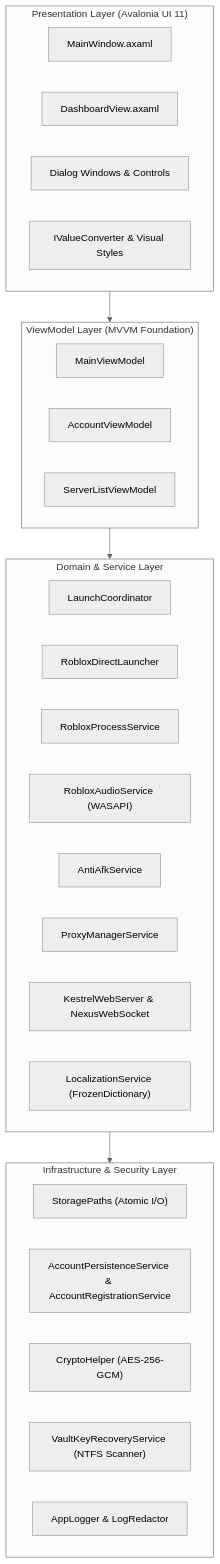
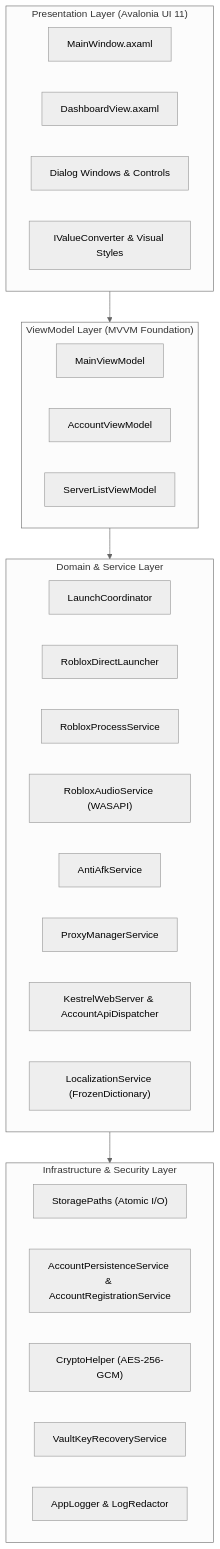
Before and after one commit to TanAkiraTaiVN/Shiro-Account-Manager: the first of 2 diagrams in docs/architecture.md, drawn with Mermaid (neutral theme). The commit also changed other lines of this file and 148 other files, not shown here.

````diff
--- a/docs/architecture.md
+++ b/docs/architecture.md
@@ -18,38 +18,38 @@
 ```mermaid
 graph TD
     subgraph UI_Layer ["Presentation Layer (Avalonia UI 11)"]
         MainWindow["MainWindow.axaml"]
         Dashboard["DashboardView.axaml"]
         Dialogs["Dialog Windows & Controls"]
         Converters["IValueConverter & Visual Styles"]
     end
 
     subgraph VM_Layer ["ViewModel Layer (MVVM Foundation)"]
         MainVM["MainViewModel"]
         AccountVM["AccountViewModel"]
         ServerListVM["ServerListViewModel"]
     end
 
     subgraph Core_Services ["Domain & Service Layer"]
         LaunchCoord["LaunchCoordinator"]
         DirectLaunch["RobloxDirectLauncher"]
         ProcService["RobloxProcessService"]
         AudioService["RobloxAudioService (WASAPI)"]
         AntiAfk["AntiAfkService"]
         ProxyMgr["ProxyManagerService"]
-        KestrelSvc["KestrelWebServer & NexusWebSocket"]
+        KestrelSvc["KestrelWebServer & AccountApiDispatcher"]
         LocSvc["LocalizationService (FrozenDictionary)"]
     end
 
     subgraph Storage_Security ["Infrastructure & Security Layer"]
         Storage["StoragePaths (Atomic I/O)"]
         Persistence["AccountPersistenceService & AccountRegistrationService"]
         Crypto["CryptoHelper (AES-256-GCM)"]
-        Recovery["VaultKeyRecoveryService (NTFS Scanner)"]
+        Recovery["VaultKeyRecoveryService"]
         Logger["AppLogger & LogRedactor"]
     end
 
     UI_Layer --> VM_Layer
     VM_Layer --> Core_Services
     Core_Services --> Storage_Security
 ```
````
